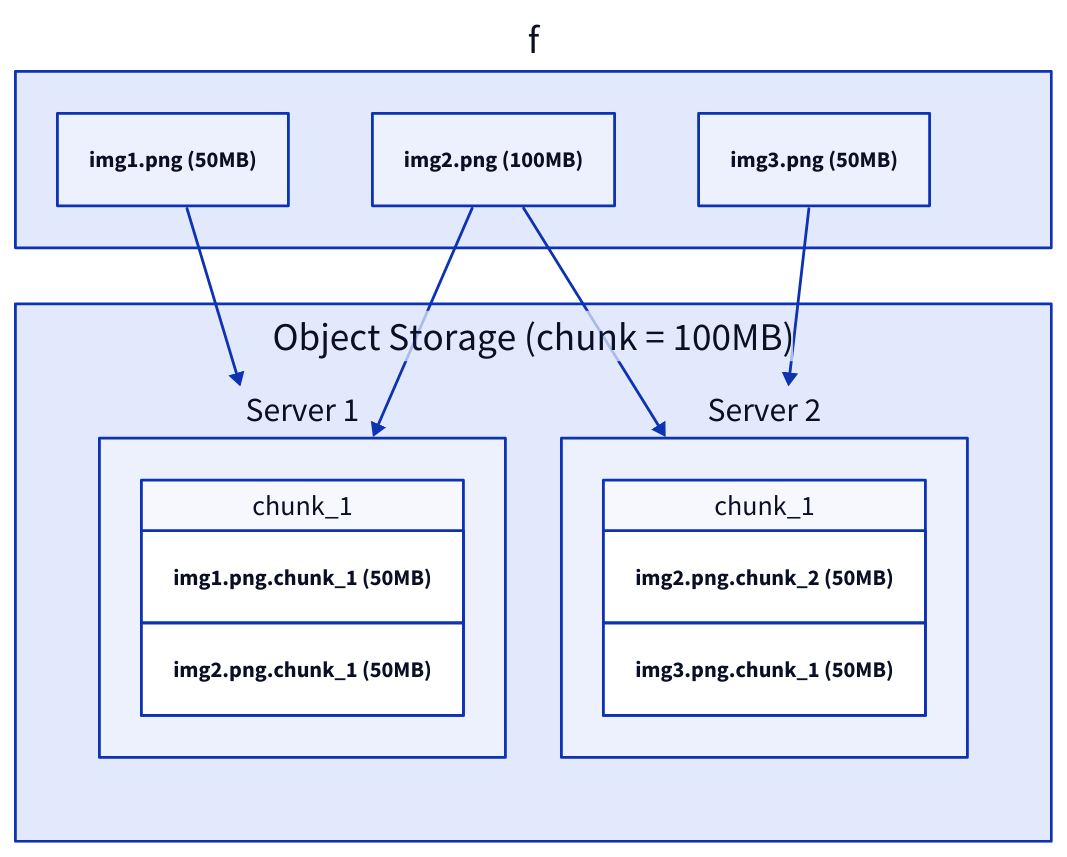
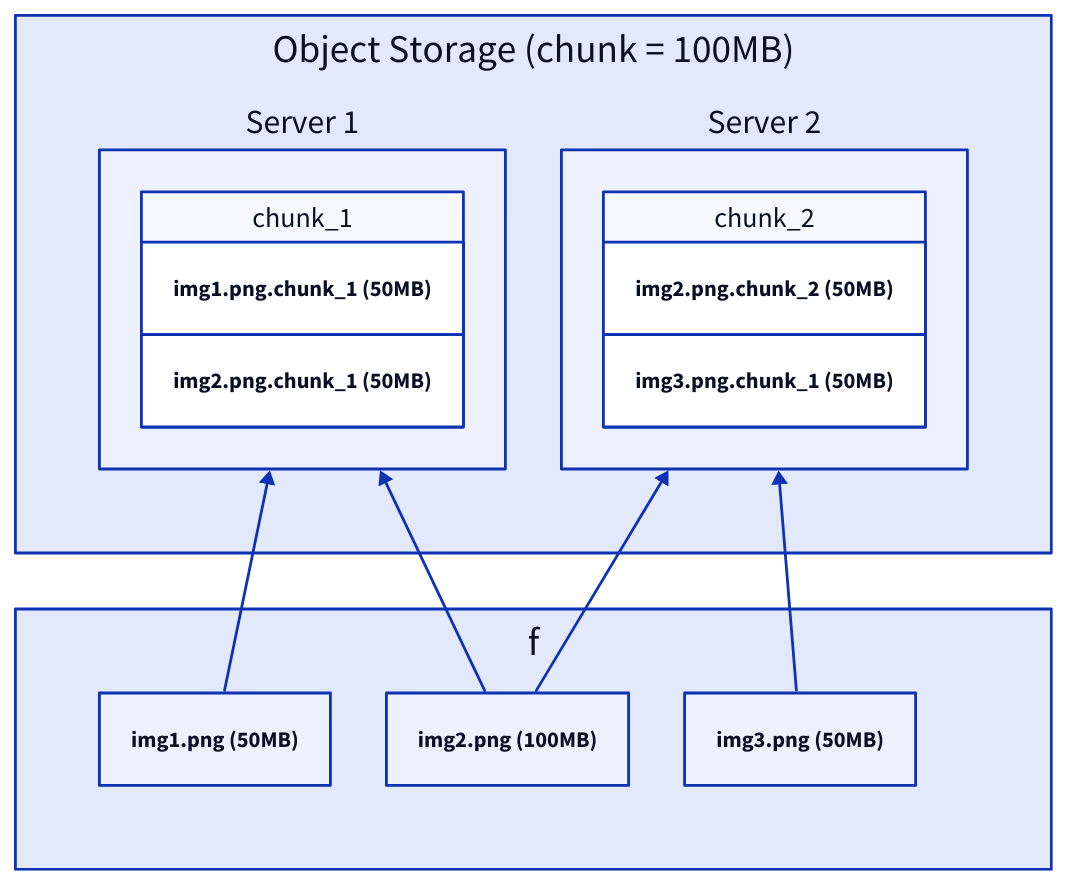
Before and after one commit to link1905/system-design-101: the eighth of 17 diagrams in content/data-persistence/media-storage.md, drawn with D2. The commit also changed other lines of this file and 42 other files, not shown here.

````diff
--- a/content/data-persistence/media-storage.md
+++ b/content/data-persistence/media-storage.md
@@ -287,32 +246,33 @@
 ```d2
 grid-rows: 2
-f: {
-  class: none
-  f1: "img1.png (50MB)" { class: file }
-  f2: "img2.png (100MB)" { class: file }
-  f3: "img3.png (50MB)" { class: file }
-}
 o: Object Storage (chunk = 100MB) {
   grid-rows: 1
   s1: Server 1 {
     c1: "chunk_1" {
       grid-rows: 2
       grid-gap: 0
       "img1.png.chunk_1 (50MB)"
       "img2.png.chunk_1 (50MB)"
     }
   }
   s2: Server 2 {
-    c1: "chunk_1" {
+    c1: "chunk_2" {
       grid-rows: 2
       grid-gap: 0
       "img2.png.chunk_2 (50MB)"
       "img3.png.chunk_1 (50MB)"
     }
   }
 }
+f: {
+  class: none
+  grid-rows: 1
+  f1: "img1.png (50MB)" { class: file }
+  f2: "img2.png (100MB)" { class: file }
+  f3: "img3.png (50MB)" { class: file }
+}
 f.f1 -> o.s1
 f.f2 -> o.s1
 f.f2 -> o.s2
 f.f3 -> o.s2
 ```
````
